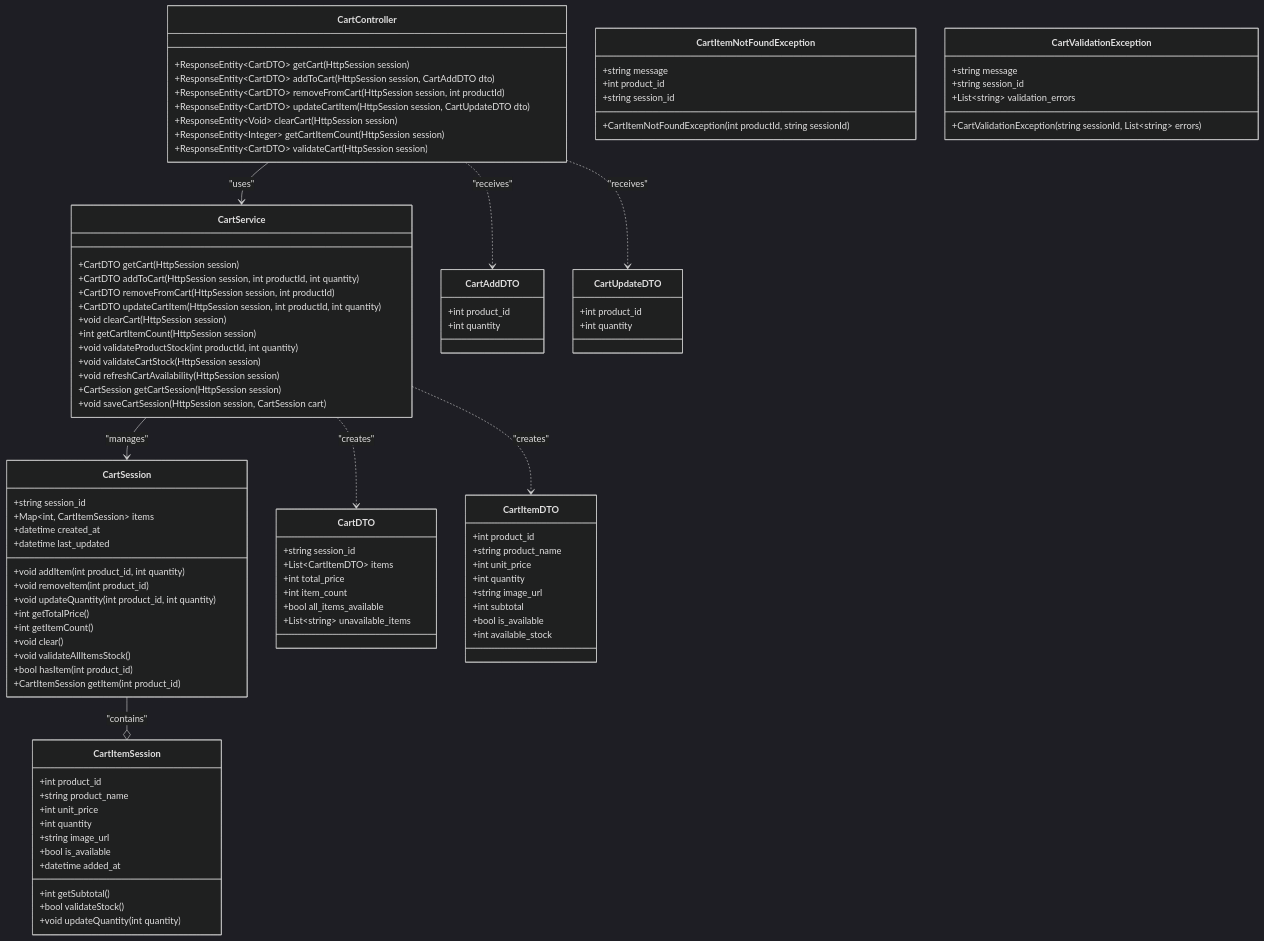
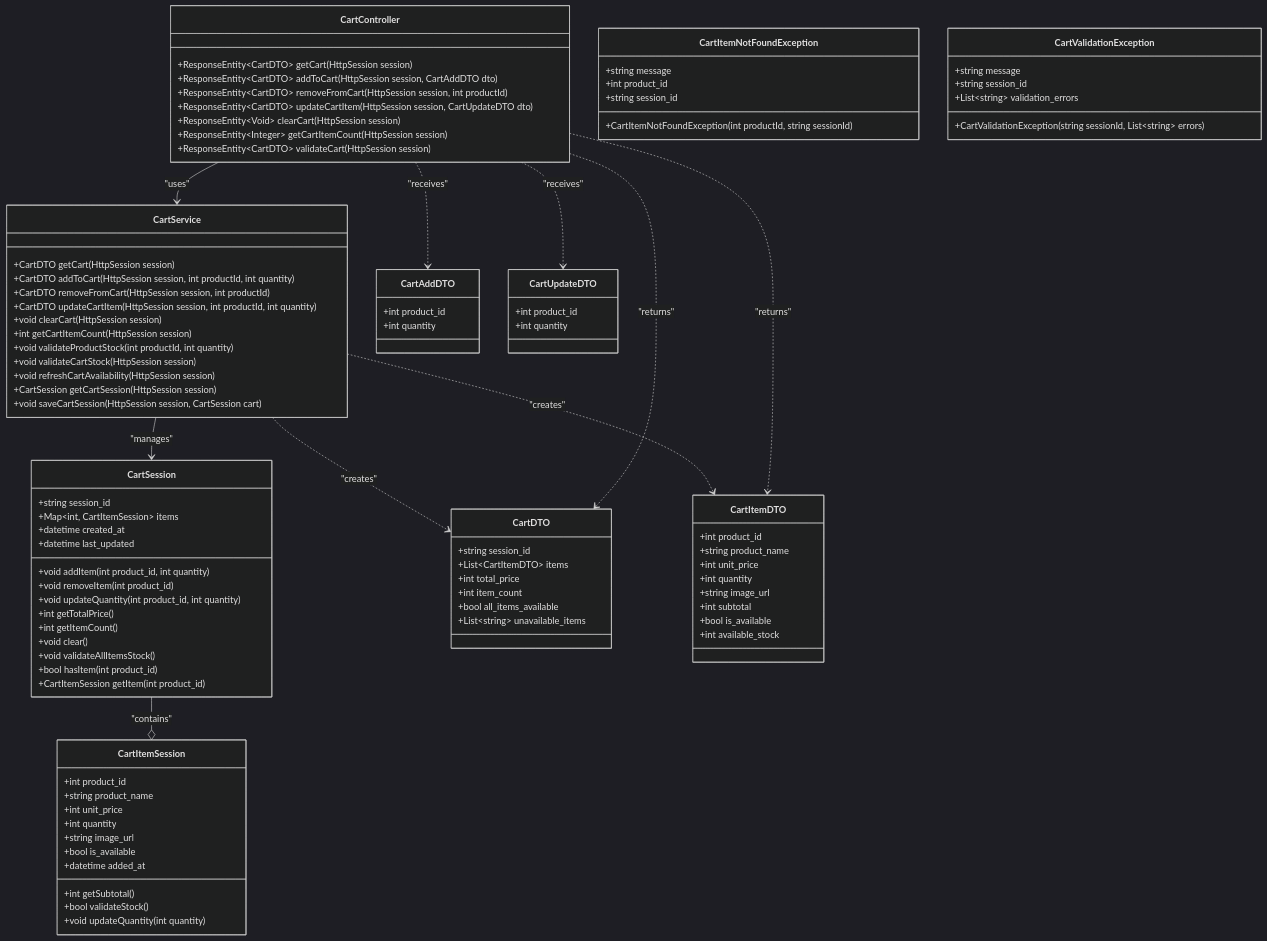
The second of 6 diagrams in 詳細設計/担当B_西嶋/クラス図_v2.md (Aoi-Yaegashi/teamF), drawn with Mermaid (dark theme) before and after one commit. The commit also changed other lines of this file, not shown here.

````diff
--- a/詳細設計/担当B_西嶋/クラス図_v2.md
+++ b/詳細設計/担当B_西嶋/クラス図_v2.md
@@ -310,4 +312,6 @@
     CartService ..> CartItemDTO : "creates"
     CartController ..> CartAddDTO : "receives"
     CartController ..> CartUpdateDTO : "receives"
+    CartController ..> CartDTO : "returns"
+    CartController ..> CartItemDTO : "returns"
 ```
````
